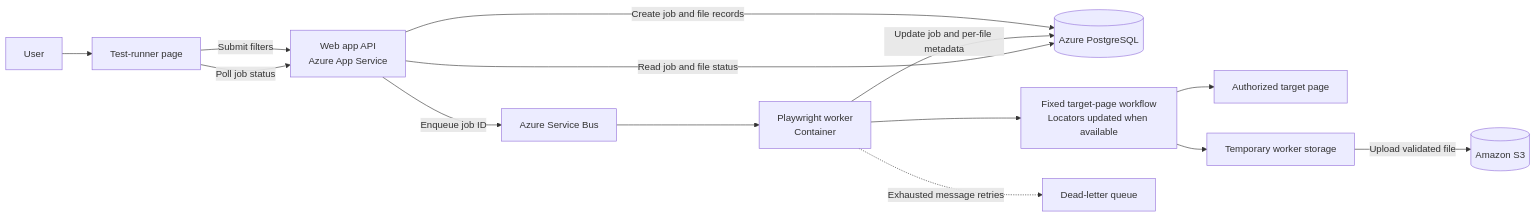
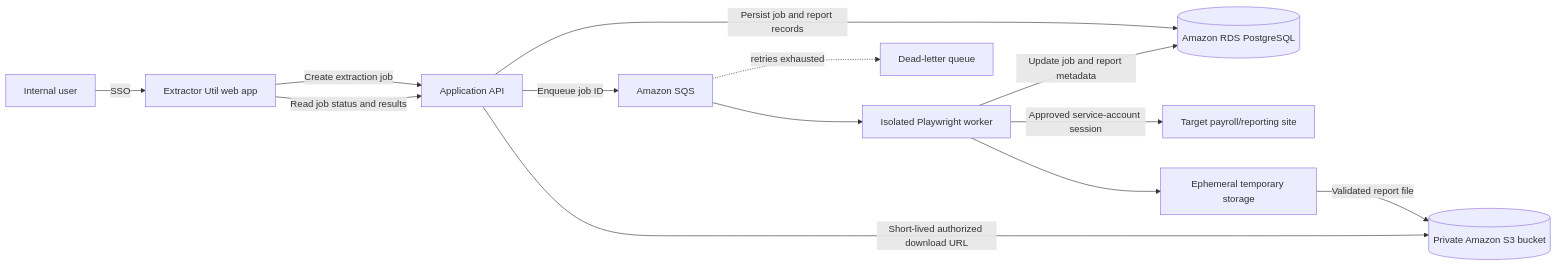
The diagram in solution-design.md (karthiks2k/extractor-util), drawn with Mermaid before and after one commit. The commit also changed other lines of this file, not shown here.

````diff
--- a/solution-design.md
+++ b/solution-design.md
@@ -7,21 +33,15 @@
 ```mermaid
 flowchart LR
-    User[User] --> UI[Test-runner page]
-    UI -->|Submit filters| API[Web app API<br/>Azure App Service]
-
-    API -->|Create job and file records| DB[(Azure PostgreSQL)]
-    API -->|Enqueue job ID| Queue[Azure Service Bus]
-
-    Queue --> Worker[Playwright worker<br/>Container]
-    Worker --> Workflow[Fixed target-page workflow<br/>Locators updated when available]
-    Workflow --> Target[Authorized target page]
-
-    Workflow --> Temp[Temporary worker storage]
-    Temp -->|Upload validated file| S3[(Amazon S3)]
-    Worker -->|Update job and per-file metadata| DB
-
-    UI -->|Poll job status| API
-    API -->|Read job and file status| DB
-
-    Worker -. "Exhausted message retries" .-> DLQ[Dead-letter queue]
+    User[Internal user] -->|SSO| UI[Extractor Util web app]
+    UI -->|Create extraction job| API[Application API]
+    API -->|Persist job and report records| DB[(Amazon RDS PostgreSQL)]
+    API -->|Enqueue job ID| Queue[Amazon SQS]
+    Queue --> Worker[Isolated Playwright worker]
+    Worker -->|Approved service-account session| Target[Target payroll/reporting site]
+    Worker --> Temp[Ephemeral temporary storage]
+    Temp -->|Validated report file| S3[(Private Amazon S3 bucket)]
+    Worker -->|Update job and report metadata| DB
+    UI -->|Read job status and results| API
+    API -->|Short-lived authorized download URL| S3
+    Queue -. retries exhausted .-> DLQ[Dead-letter queue]
 ```
````
